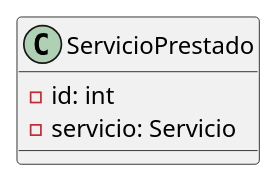
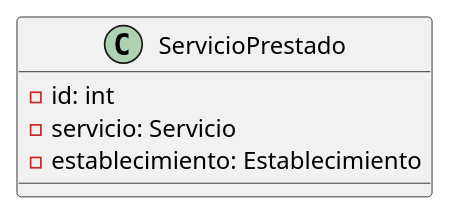
Before and after one commit to mbertogliati/dds-tpa: the diagram in DC/E3/domain/servicios/ServicioPrestado.puml, drawn with PlantUML. The commit also changed 51 other files, not shown here.

```diff
--- a/DC/E3/domain/servicios/ServicioPrestado.puml
+++ b/DC/E3/domain/servicios/ServicioPrestado.puml
@@ -1,9 +1,10 @@
 @startuml
 'https://plantuml.com/class-diagram
 
 class ServicioPrestado{
     -id: int
     -servicio: Servicio
+    -establecimiento: Establecimiento
 }
 
 @enduml
```
